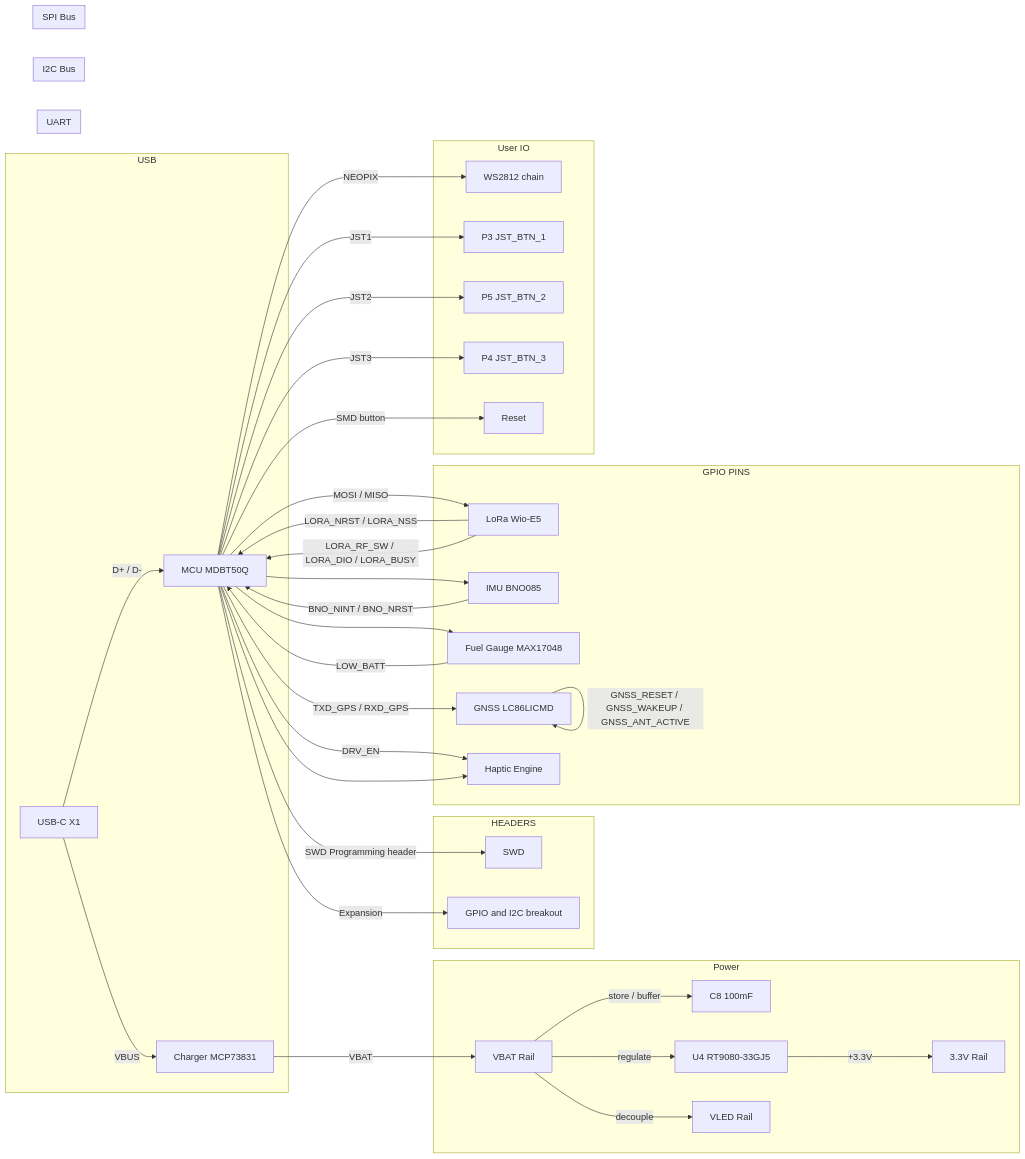
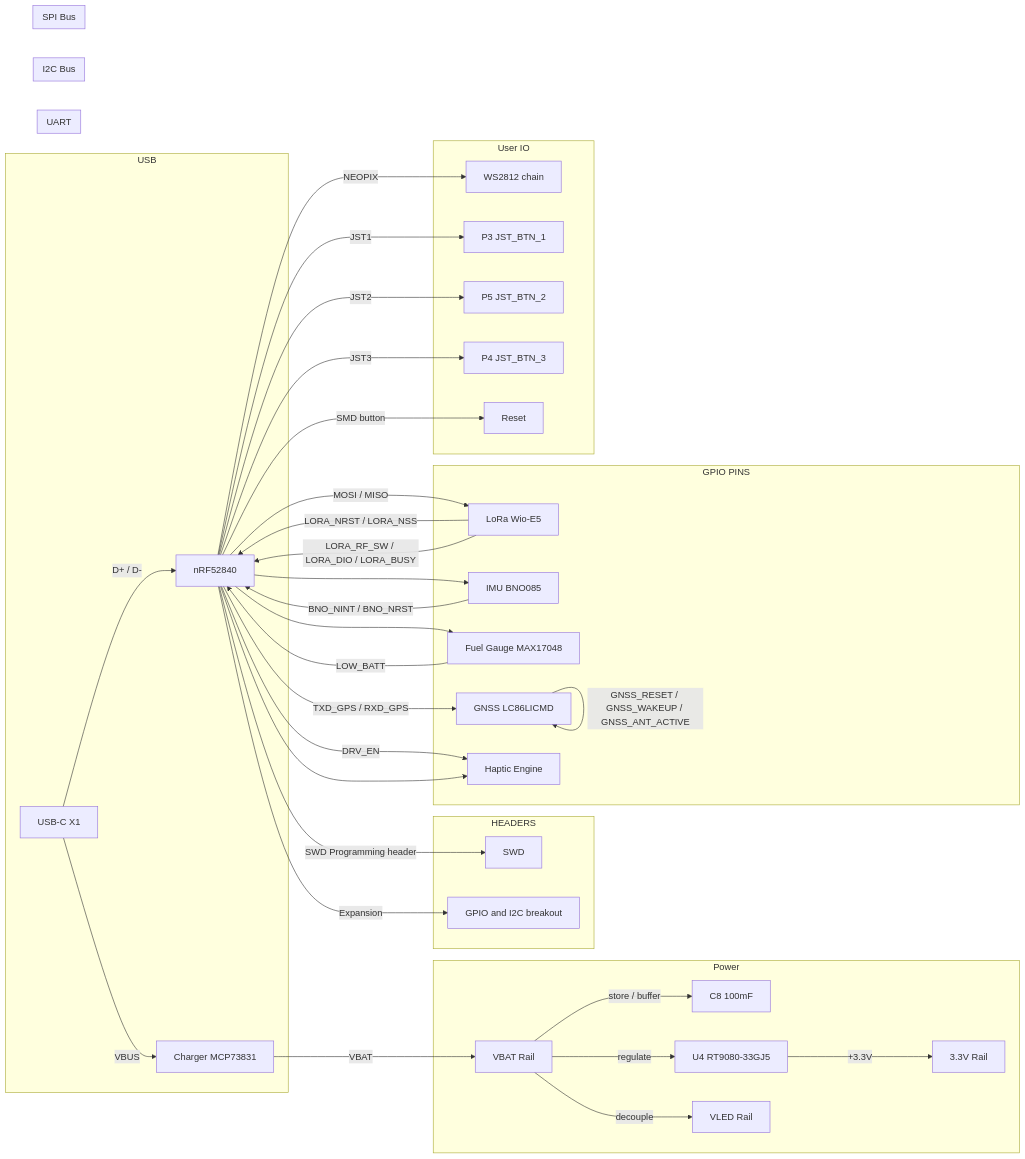
Before and after one commit to wildjames/smart_compass: the diagram in Medallion_Board/board_components.md, drawn with Mermaid. The commit also changed other lines of this file and 12 other files, not shown here.

Commit message:
Move to hierarchical schematic

````diff
--- a/Medallion_Board/board_components.md
+++ b/Medallion_Board/board_components.md
@@ -12,51 +15,51 @@
 ```mermaid
 flowchart LR
     subgraph "USB"
-        USBC[USB-C X1] -->|D+ / D-| MCU[MCU MDBT50Q]
+        USBC[USB-C X1] -->|D+ / D-| MCU[nRF52840]
         USBC -->|VBUS| CHARGER[Charger MCP73831]
     end
 
     subgraph "Power"
         CHARGER -->|VBAT| VBAT[VBAT Rail]
         VBAT -->|store / buffer| SUPERCAP[C8 100mF]
         VBAT -->|regulate| LDO[U4 RT9080-33GJ5]
         VBAT -->|decouple| VLED[VLED Rail]
         LDO -->|+3.3V| VDD[3.3V Rail]
     end
 
     subgraph "HEADERS"
         MCU -->|SWD Programming header| SWD[SWD]
         MCU -->|Expansion| HEADER[GPIO and I2C breakout]
     end
 
     subgraph "GPIO PINS"
         LORA[LoRa Wio-E5] -->|LORA_NRST / LORA_NSS| MCU
         LORA[LoRa Wio-E5] -->|LORA_RF_SW / LORA_DIO / LORA_BUSY| MCU
         IMU[IMU BNO085] -->|BNO_NINT / BNO_NRST| MCU
         FUEL[Fuel Gauge MAX17048] -->|LOW_BATT| MCU
         GNSS -->|GNSS_RESET / GNSS_WAKEUP / GNSS_ANT_ACTIVE| GNSS[GNSS LC86LICMD]
         MCU -->|DRV_EN| HAPTIC[Haptic Engine]
     end
 
     subgraph "UART"
         MCU -->|TXD_GPS / RXD_GPS| GNSS
     end
 
     subgraph "I2C Bus"
         MCU --> FUEL
         MCU --> IMU
         MCU --> HAPTIC
     end
 
     subgraph "SPI Bus"
         MCU -->|MOSI / MISO| LORA
     end
 
     subgraph "User IO"
         MCU -->|NEOPIX| LEDS[WS2812 chain]
         MCU -->|JST1| BTN1[P3 JST_BTN_1]
         MCU -->|JST2| BTN2[P5 JST_BTN_2]
         MCU -->|JST3| BTN3[P4 JST_BTN_3]
         MCU -->|SMD button| SW[Reset]
     end
 ```
````
